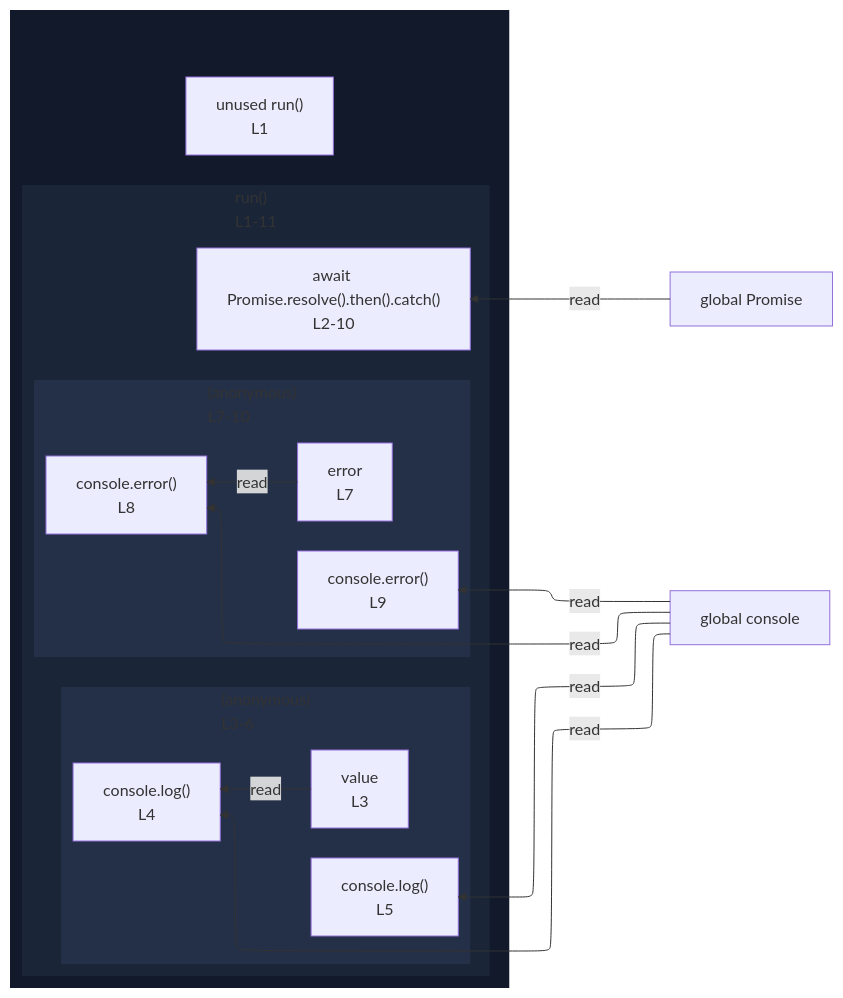
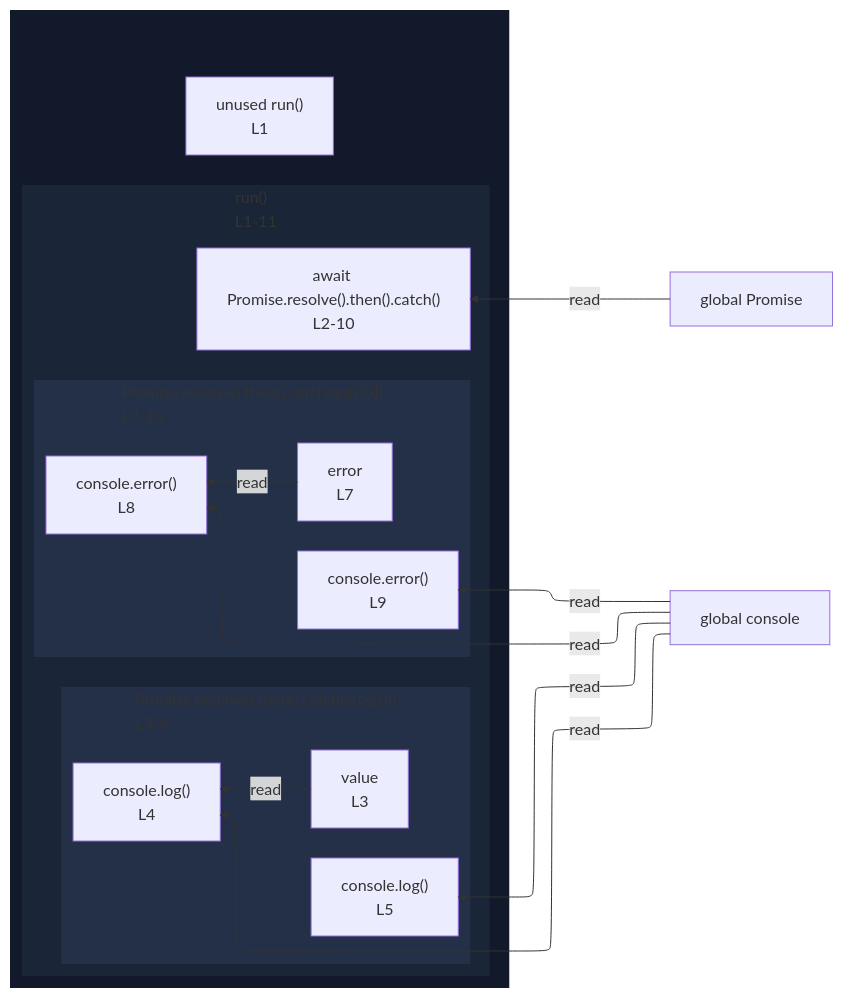
One commit to crescware/unsnarl changed the diagram in integration/fixtures/expression-statement/awaited-then-catch/preview.md. Above: the diagram before and after it, drawn with Mermaid. The commit also changed 36 other files, not shown here.

````diff
--- a/integration/fixtures/expression-statement/awaited-then-catch/preview.md
+++ b/integration/fixtures/expression-statement/awaited-then-catch/preview.md
@@ -21,40 +21,40 @@
 ```mermaid
 %%{init: {"flowchart": {"defaultRenderer": "elk"}}}%%
 flowchart RL
   n_scope_0_Promise_53["global Promise"]
   n_scope_0_console_100["global console"]
   subgraph wrap_s_scope_1[" "]
     direction TB
     n_scope_0_run_22["unused run()<br/>L1"]
     subgraph s_scope_1["run()<br/>L1-11"]
       direction RL
       expr_stmt_47["await Promise.resolve().then().catch()<br/>L2-10"]
-      subgraph s_scope_2["(anonymous)<br/>L3-6"]
+      subgraph s_scope_2["Promise.resolve().then().catch(args[0])<br/>L3-6"]
         direction RL
         n_scope_2_value_82["value<br/>L3"]
         expr_stmt_100["console.log()<br/>L4"]
         expr_stmt_142["console.log()<br/>L5"]
       end
-      subgraph s_scope_3["(anonymous)<br/>L7-10"]
+      subgraph s_scope_3["Promise.resolve().then().catch(args[0])<br/>L7-10"]
         direction RL
         n_scope_3_error_202["error<br/>L7"]
         expr_stmt_220["console.error()<br/>L8"]
         expr_stmt_265["console.error()<br/>L9"]
       end
     end
   end
   n_scope_0_Promise_53 -->|read| expr_stmt_47
   n_scope_0_console_100 -->|read| expr_stmt_100
   n_scope_2_value_82 -->|read| expr_stmt_100
   n_scope_0_console_100 -->|read| expr_stmt_142
   n_scope_0_console_100 -->|read| expr_stmt_220
   n_scope_3_error_202 -->|read| expr_stmt_220
   n_scope_0_console_100 -->|read| expr_stmt_265
   classDef nestL1 fill:#11192a,stroke:transparent;
   class wrap_s_scope_1 nestL1;
   classDef nestL2 fill:#1a2538,stroke:transparent;
   class s_scope_1 nestL2;
   classDef nestL3 fill:#243047,stroke:transparent;
   class s_scope_2 nestL3;
   class s_scope_3 nestL3;
 ```
````
